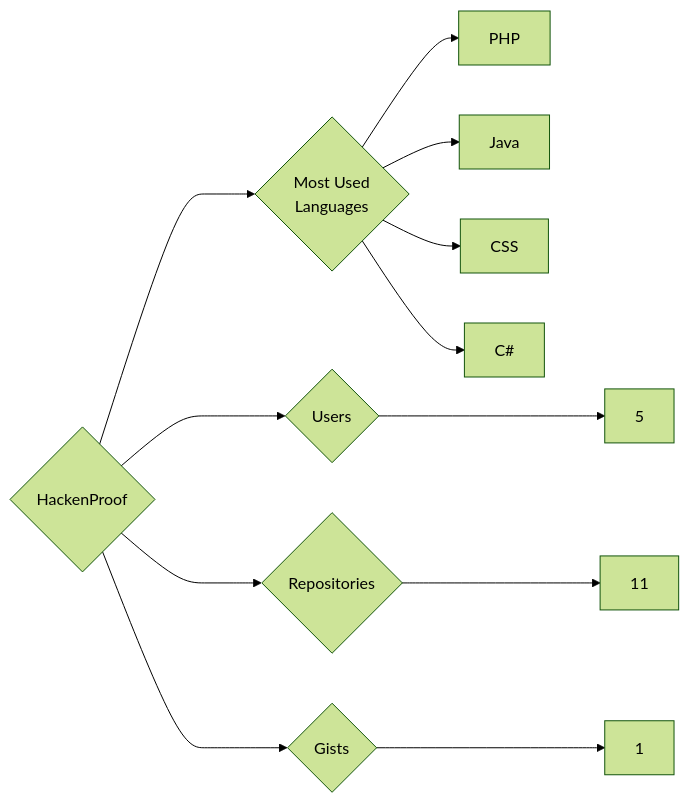
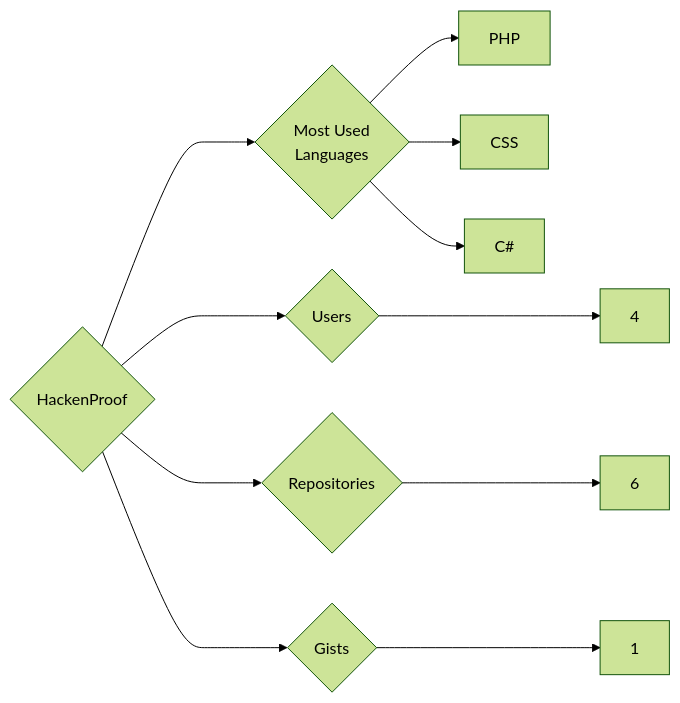
The diagram in targets/HackenProof/README.md (trickest/insiders), drawn with Mermaid (forest theme) before and after one commit. The commit also changed 985 other files, not shown here.

````diff
--- a/targets/HackenProof/README.md
+++ b/targets/HackenProof/README.md
@@ -3,12 +3,11 @@
 ```mermaid
 graph LR
 COMPANY_NAME{HackenProof}
-COMPANY_NAME ---> U{Users} ---> UN[5]
-COMPANY_NAME ---> R{Repositories} ---> RN[11]
+COMPANY_NAME ---> U{Users} ---> UN[4]
+COMPANY_NAME ---> R{Repositories} ---> RN[6]
 COMPANY_NAME ---> G{Gists} ---> GN[1]
 COMPANY_NAME ---> ML{Most Used<br>Languages}
 ML --> PHP[PHP]
-ML --> Java[Java]
 ML --> CSS[CSS]
 ML --> C#[C#]
 ```
````
